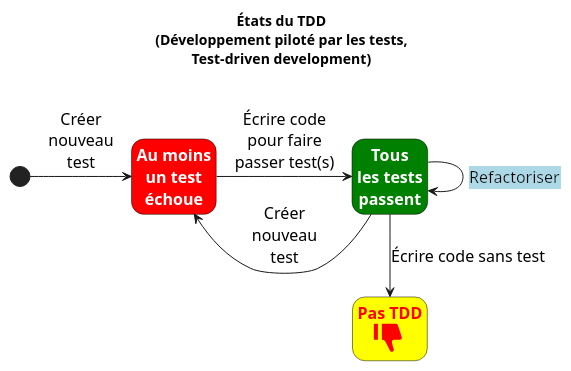
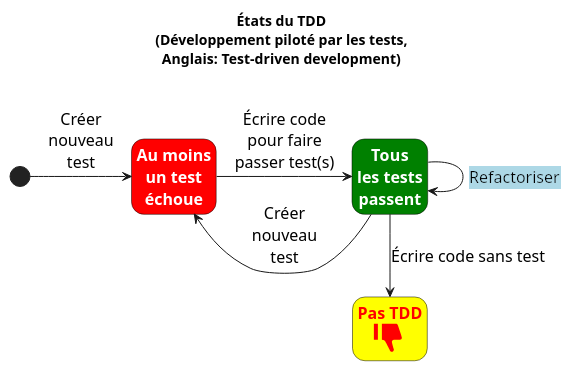
Before and after one commit to profcfuhrmanets/log210-jeu-de-des-python-flask: the diagram in docs/tdd.puml, drawn with PlantUML.

```diff
--- a/docs/tdd.puml
+++ b/docs/tdd.puml
@@ -1,21 +1,21 @@
 @startuml
 hide empty description
 skinparam style strictuml
 skinparam StateBorderColor black
 skinparam StateFontColor white
 skinparam StateFontStyle bold
 skinparam StateFontSize 16
 skinparam StateArrowFontSize 16
 skinparam DefaultFontName "Segoe UI Black"
 
-title États du TDD\n(Développement piloté par les tests,\nTest-driven development)\n
+title États du TDD\n(Développement piloté par les tests,\nAnglais: Test-driven development)\n
 
 state Rouge as "Au moins\nun test\néchoue" #red
 state Vert as "Tous\nles tests\npassent" #green
 state PasTDD as "<color red>Pas TDD\n<color red><size:48><&thumb-down></color>" #yellow
 [*] -right-> Rouge : Créer\nnouveau\ntest
 Rouge -r-> Vert : Écrire code\npour faire\npasser test(s)
 Vert -l-> Rouge : \nCréer\nnouveau\ntest
 Vert -> Vert : <back:lightblue>Refactoriser</back>
 Vert -->  PasTDD : Écrire code sans test
 @enduml
```
